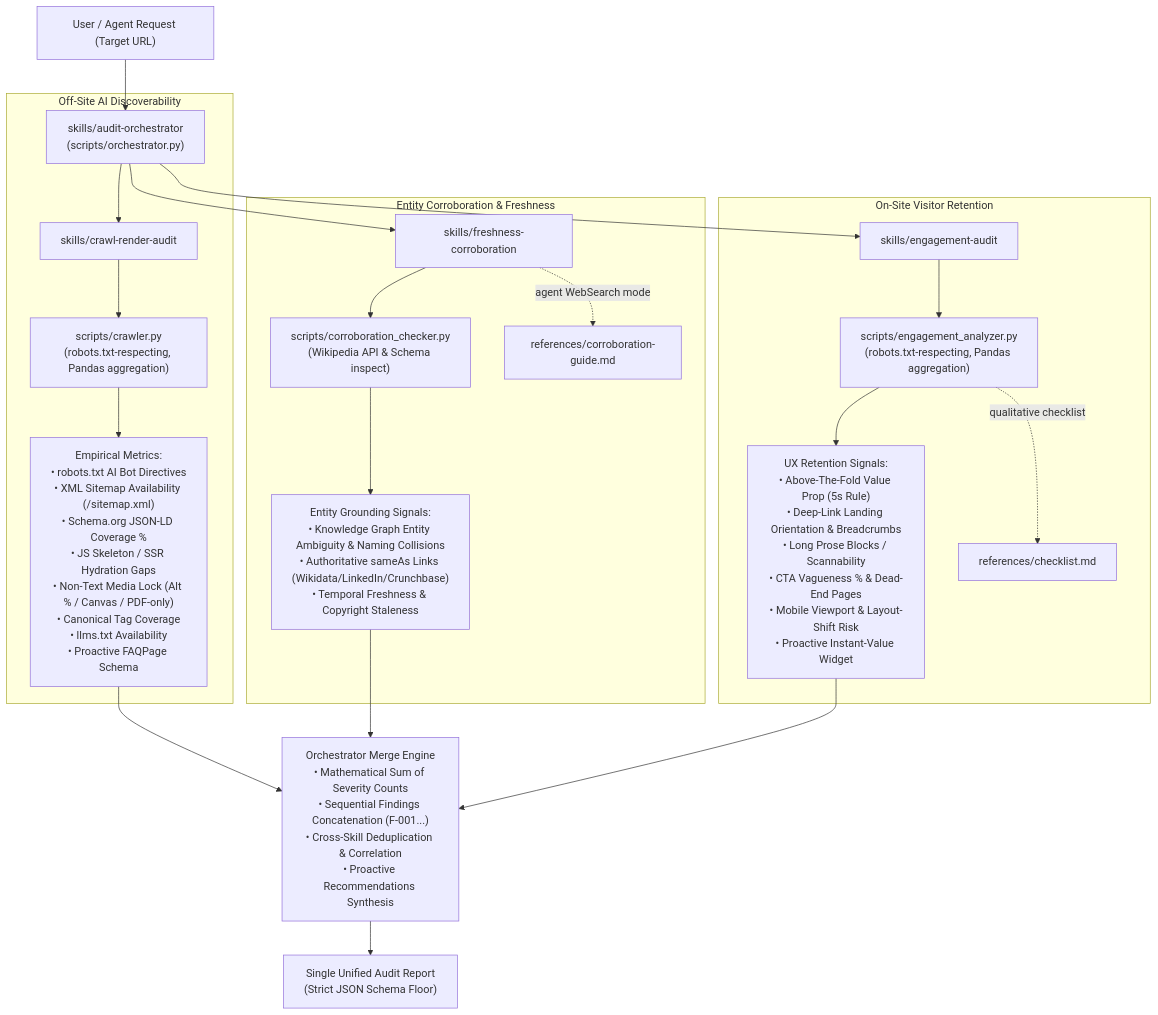
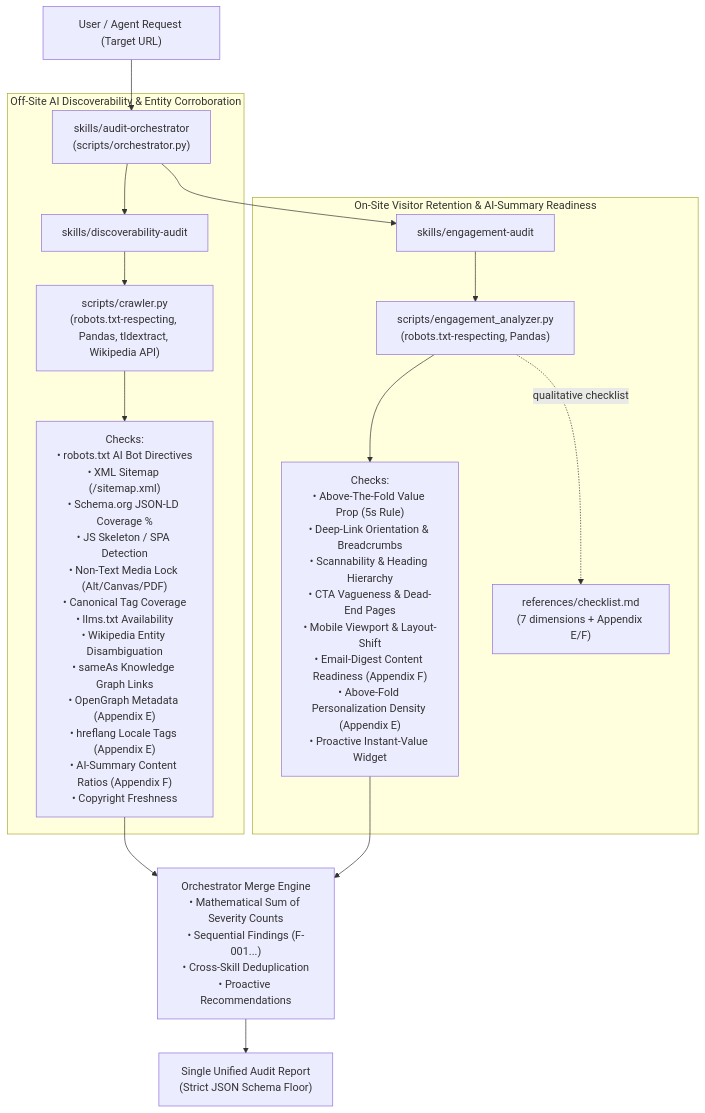
One commit to upamkmr/Nexus_adobe changed the diagram in nexus-coders-brand-audit/README.md. Above: the diagram before and after it, drawn with Mermaid. The commit also changed other lines of this file and 17 other files, not shown here.

First line of the commit message:
refactor: merge freshness into discoverability, add Appendix E/F coverage, tldextract, code snippets

````diff
--- a/nexus-coders-brand-audit/README.md
+++ b/nexus-coders-brand-audit/README.md
@@ -59,29 +59,21 @@
 ```mermaid
 flowchart TD
     User["User / Agent Request (Target URL)"] --> Entrypoint["skills/audit-orchestrator\n(scripts/orchestrator.py)"]
     
-    subgraph Discoverability ["Off-Site AI Discoverability"]
-        Entrypoint --> CrawlSkill["skills/crawl-render-audit"]
-        CrawlSkill --> Crawler["scripts/crawler.py\n(robots.txt-respecting, Pandas aggregation)"]
-        Crawler --> CrawlFindings["Empirical Metrics:\n• robots.txt AI Bot Directives\n• XML Sitemap Availability (/sitemap.xml)\n• Schema.org JSON-LD Coverage %\n• JS Skeleton / SSR Hydration Gaps\n• Non-Text Media Lock (Alt % / Canvas / PDF-only)\n• Canonical Tag Coverage\n• llms.txt Availability\n• Proactive FAQPage Schema"]
+    subgraph Discoverability ["Off-Site AI Discoverability & Entity Corroboration"]
+        Entrypoint --> DiscSkill["skills/discoverability-audit"]
+        DiscSkill --> Crawler["scripts/crawler.py\n(robots.txt-respecting, Pandas, tldextract, Wikipedia API)"]
+        Crawler --> DiscFindings["Checks:\n• robots.txt AI Bot Directives\n• XML Sitemap (/sitemap.xml)\n• Schema.org JSON-LD Coverage %\n• JS Skeleton / SPA Detection\n• Non-Text Media Lock (Alt/Canvas/PDF)\n• Canonical Tag Coverage\n• llms.txt Availability\n• Wikipedia Entity Disambiguation\n• sameAs Knowledge Graph Links\n• OpenGraph Metadata (Appendix E)\n• hreflang Locale Tags (Appendix E)\n• AI-Summary Content Ratios (Appendix F)\n• Copyright Freshness"]
     end
 
-    subgraph Corroboration ["Entity Corroboration & Freshness"]
-        Entrypoint --> CorrSkill["skills/freshness-corroboration"]
-        CorrSkill --> CorrScript["scripts/corroboration_checker.py\n(Wikipedia API & Schema inspect)"]
-        CorrScript --> CorrFindings["Entity Grounding Signals:\n• Knowledge Graph Entity Ambiguity & Naming Collisions\n• Authoritative sameAs Links (Wikidata/LinkedIn/Crunchbase)\n• Temporal Freshness & Copyright Staleness"]
-        CorrSkill -.agent WebSearch mode.-> CorrobRef["references/corroboration-guide.md"]
+    subgraph Engagement ["On-Site Visitor Retention & AI-Summary Readiness"]
+        Entrypoint --> EngSkill["skills/engagement-audit"]
+        EngSkill --> EngScript["scripts/engagement_analyzer.py\n(robots.txt-respecting, Pandas)"]
+        EngScript --> EngFindings["Checks:\n• Above-The-Fold Value Prop (5s Rule)\n• Deep-Link Orientation & Breadcrumbs\n• Scannability & Heading Hierarchy\n• CTA Vagueness & Dead-End Pages\n• Mobile Viewport & Layout-Shift\n• Email-Digest Content Readiness (Appendix F)\n• Above-Fold Personalization Density (Appendix E)\n• Proactive Instant-Value Widget"]
+        EngScript -.qualitative checklist.-> CheckRef["references/checklist.md\n(7 dimensions + Appendix E/F)"]
     end
 
-    subgraph Engagement ["On-Site Visitor Retention"]
-        Entrypoint --> EngSkill["skills/engagement-audit"]
-        EngSkill --> EngScript["scripts/engagement_analyzer.py\n(robots.txt-respecting, Pandas aggregation)"]
-        EngScript --> EngFindings["UX Retention Signals:\n• Above-The-Fold Value Prop (5s Rule)\n• Deep-Link Landing Orientation & Breadcrumbs\n• Long Prose Blocks / Scannability\n• CTA Vagueness % & Dead-End Pages\n• Mobile Viewport & Layout-Shift Risk\n• Proactive Instant-Value Widget"]
-        EngScript -.qualitative checklist.-> CheckRef["references/checklist.md"]
-    end
-
-    CrawlFindings --> MergeEngine["Orchestrator Merge Engine\n• Mathematical Sum of Severity Counts\n• Sequential Findings Concatenation (F-001...)\n• Cross-Skill Deduplication & Correlation\n• Proactive Recommendations Synthesis"]
-    CorrFindings --> MergeEngine
+    DiscFindings --> MergeEngine["Orchestrator Merge Engine\n• Mathematical Sum of Severity Counts\n• Sequential Findings (F-001...)\n• Cross-Skill Deduplication\n• Proactive Recommendations"]
     EngFindings --> MergeEngine
     MergeEngine --> FinalReport["Single Unified Audit Report\n(Strict JSON Schema Floor)"]
 ```
````
